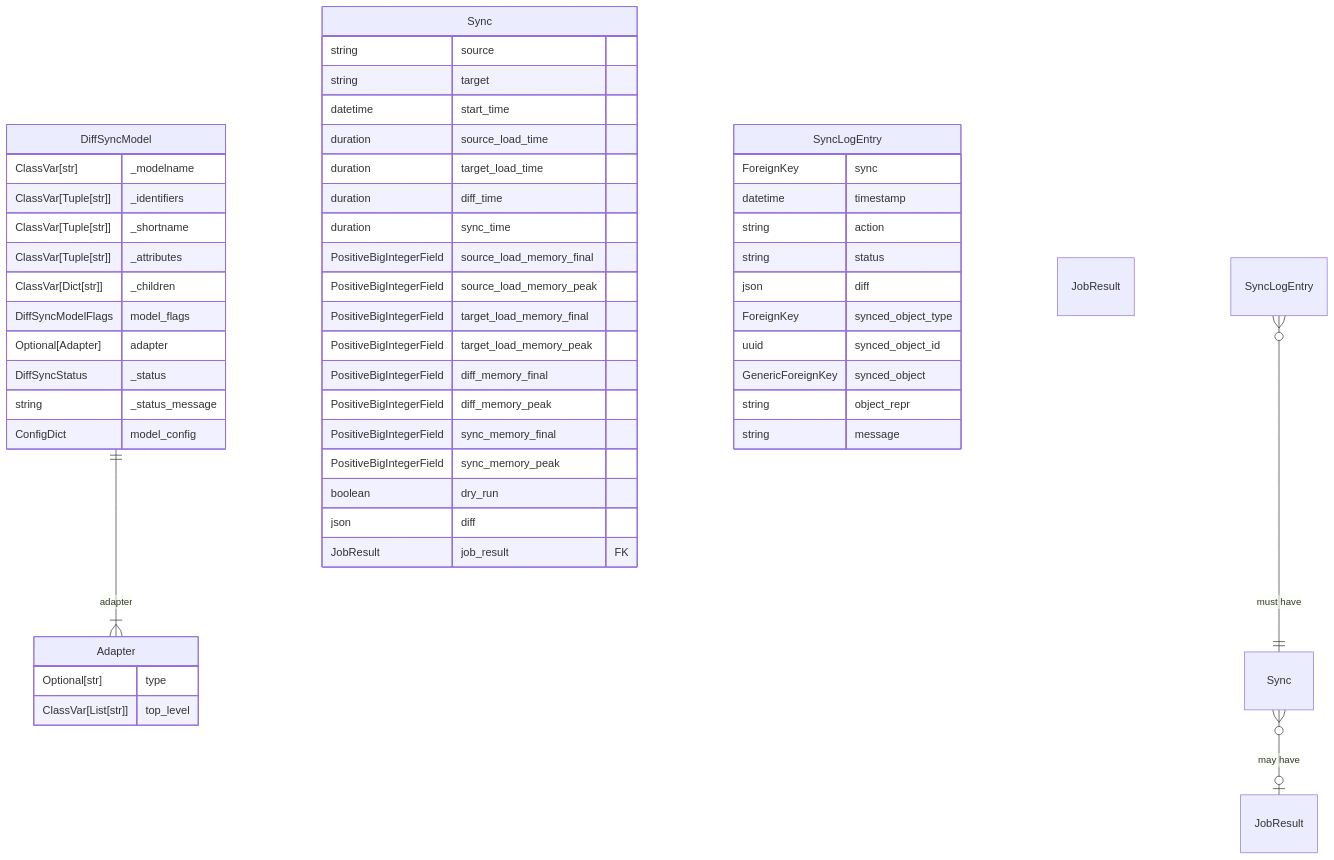
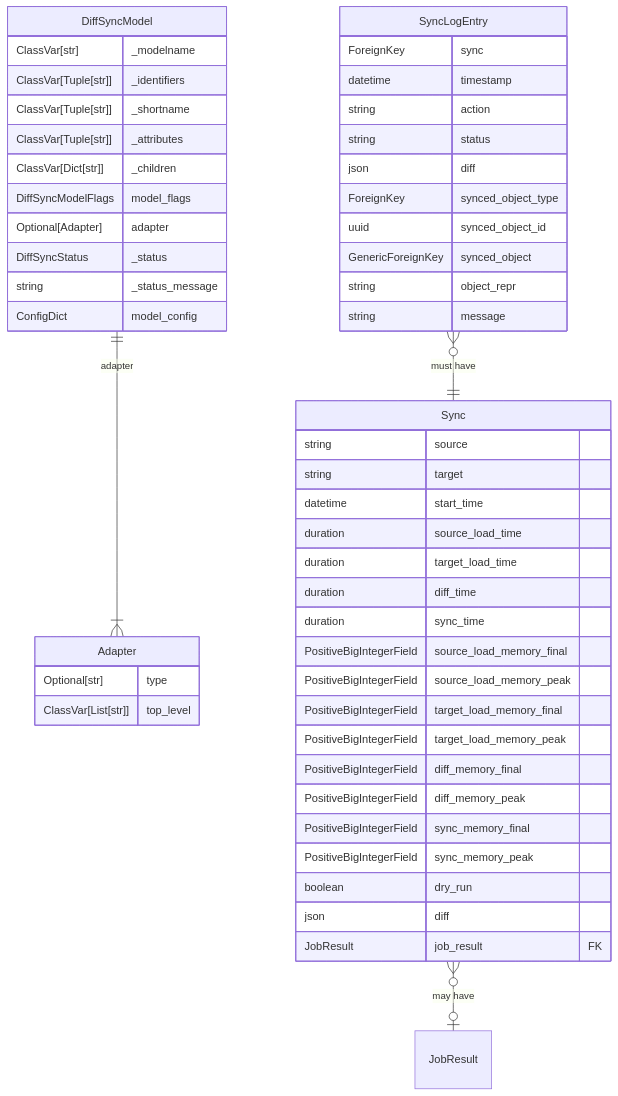
One commit to nautobot/nautobot-app-ssot changed the diagram in docs/dev/diagrams.md. Above: the diagram before and after it, drawn with Mermaid.

Commit message:
docs: 📝 Update relationships

````diff
--- a/docs/dev/diagrams.md
+++ b/docs/dev/diagrams.md
@@ -5,55 +5,55 @@
 ```mermaid
 erDiagram
 DiffSyncModel{
     ClassVar[str] _modelname
     ClassVar[Tuple[str]] _identifiers
     ClassVar[Tuple[str]] _shortname
     ClassVar[Tuple[str]] _attributes
     ClassVar[Dict[str]] _children
     DiffSyncModelFlags model_flags
     Optional[Adapter] adapter
     DiffSyncStatus _status
     string _status_message
     ConfigDict model_config
 }
 Adapter{
     Optional[str] type
     ClassVar[List[str]] top_level
 }
 "nautobot_app_ssot.Sync"[Sync]{
     string source
     string target
     datetime start_time
     duration source_load_time
     duration target_load_time
     duration diff_time
     duration sync_time
     PositiveBigIntegerField source_load_memory_final
     PositiveBigIntegerField source_load_memory_peak
     PositiveBigIntegerField target_load_memory_final
     PositiveBigIntegerField target_load_memory_peak
     PositiveBigIntegerField diff_memory_final
     PositiveBigIntegerField diff_memory_peak
     PositiveBigIntegerField sync_memory_final
     PositiveBigIntegerField sync_memory_peak
     boolean dry_run
     json diff
     JobResult job_result FK
 }
 "nautobot_app_ssot.SyncLogEntry"[SyncLogEntry]{
     ForeignKey sync
     datetime timestamp
     string action
     string status
     json diff
     ForeignKey synced_object_type
     uuid synced_object_id
     GenericForeignKey synced_object
     string object_repr
     string message
 }
 "extras.JobResult"[JobResult]{}
-SyncLogEntry }o--|| Sync : "must have"
-Sync }o--o| JobResult : "may have"
+"nautobot_app_ssot.SyncLogEntry" }o--|| "nautobot_app_ssot.Sync" : "must have"
+"nautobot_app_ssot.Sync" }o--o| "extras.JobResult" : "may have"
 DiffSyncModel||--|{Adapter : adapter
 ```
````
